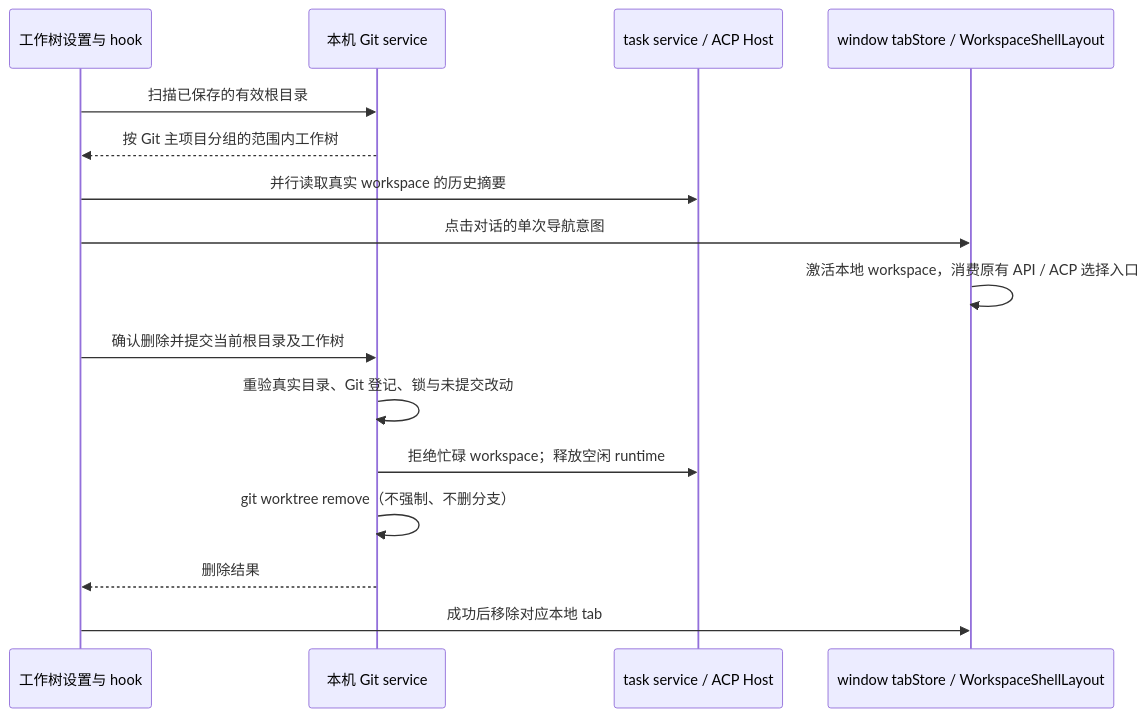
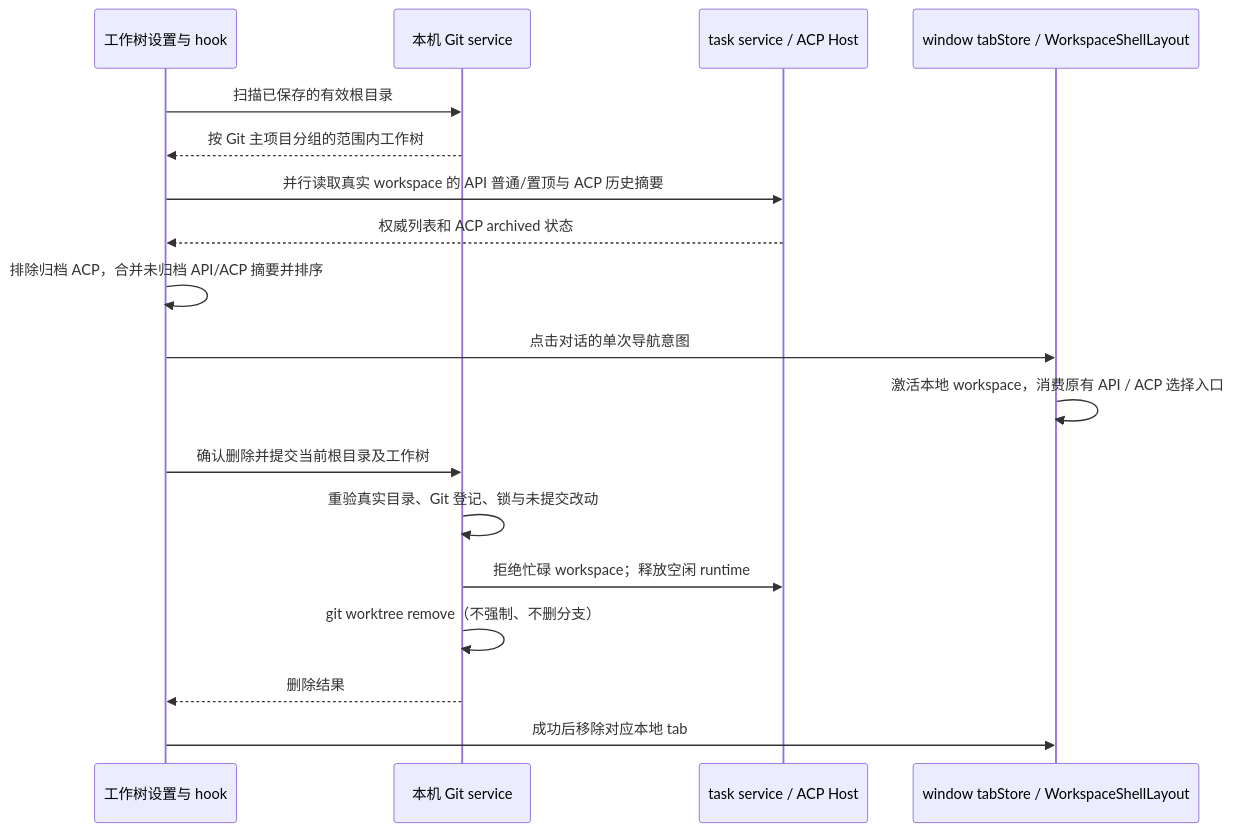
Before and after one commit to caiqiqqq/CodeVori: the second of 2 diagrams in docs/specs/git-worktrees.md, drawn with Mermaid. The commit also changed other lines of this file and 3 other files, not shown here.

````diff
--- a/docs/specs/git-worktrees.md
+++ b/docs/specs/git-worktrees.md
@@ -100,18 +100,20 @@
 ```mermaid
 sequenceDiagram
   participant S as 工作树设置与 hook
   participant G as 本机 Git service
   participant H as task service / ACP Host
   participant T as window tabStore / WorkspaceShellLayout
   S->>G: 扫描已保存的有效根目录
   G-->>S: 按 Git 主项目分组的范围内工作树
-  S->>H: 并行读取真实 workspace 的历史摘要
+  S->>H: 并行读取真实 workspace 的 API 普通/置顶与 ACP 历史摘要
+  H-->>S: 权威列表和 ACP archived 状态
+  S->>S: 排除归档 ACP，合并未归档 API/ACP 摘要并排序
   S->>T: 点击对话的单次导航意图
   T->>T: 激活本地 workspace，消费原有 API / ACP 选择入口
   S->>G: 确认删除并提交当前根目录及工作树
   G->>G: 重验真实目录、Git 登记、锁与未提交改动
   G->>H: 拒绝忙碌 workspace；释放空闲 runtime
   G->>G: git worktree remove（不强制、不删分支）
   G-->>S: 删除结果
   S->>T: 成功后移除对应本地 tab
 ```
````
